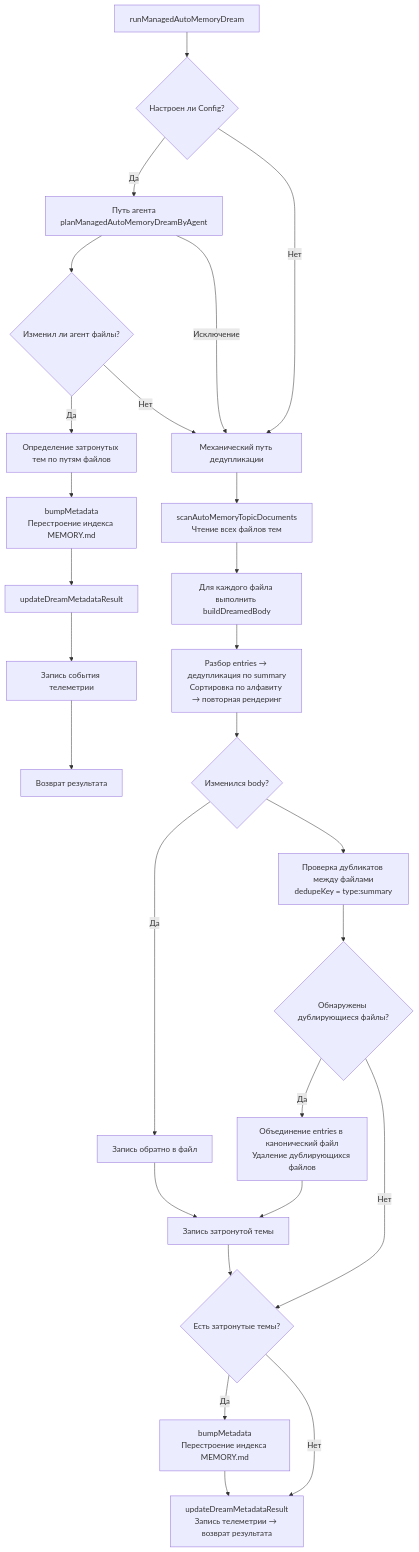
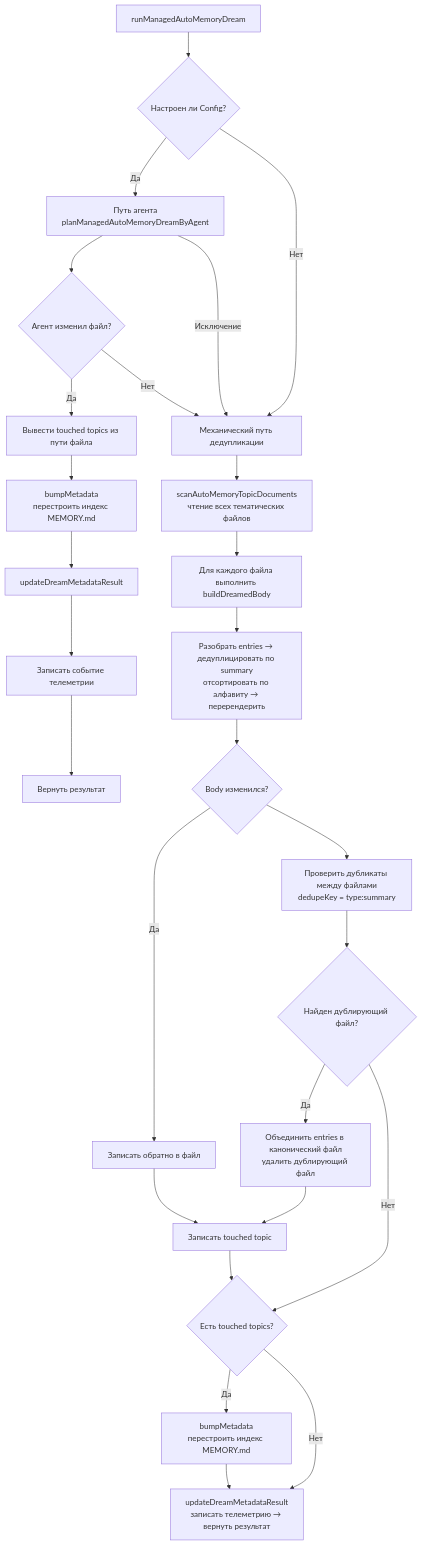
Before and after one commit to QwenLM/qwen-code-docs: the fifth of 7 diagrams in website/content/ru/design/auto-memory/memory-system.md, drawn with Mermaid. The commit also changed other lines of this file and 1077 other files, not shown here.

````diff
--- a/website/content/ru/design/auto-memory/memory-system.md
+++ b/website/content/ru/design/auto-memory/memory-system.md
@@ -298,30 +299,30 @@
 ```mermaid
 flowchart TD
     A[runManagedAutoMemoryDream] --> B{Настроен ли Config?}
     B -- Да --> C[Путь агента\nplanManagedAutoMemoryDreamByAgent]
-    C --> D{Изменил ли агент файлы?}
-    D -- Да --> E[Определение затронутых тем по путям файлов]
-    E --> F[bumpMetadata\nПерестроение индекса MEMORY.md]
+    C --> D{Агент изменил файл?}
+    D -- Да --> E[Вывести touched topics из пути файла]
+    E --> F[bumpMetadata\nперестроить индекс MEMORY.md]
     F --> G[updateDreamMetadataResult]
-    G --> H[Запись события телеметрии]
-    H --> I[Возврат результата]
+    G --> H[Записать событие телеметрии]
+    H --> I[Вернуть результат]
     B -- Нет --> J[Механический путь дедупликации]
     C -- Исключение --> J
     D -- Нет --> J
 
-    J --> K[scanAutoMemoryTopicDocuments\nЧтение всех файлов тем]
+    J --> K[scanAutoMemoryTopicDocuments\nчтение всех тематических файлов]
     K --> L[Для каждого файла выполнить buildDreamedBody]
-    L --> M[Разбор entries → дедупликация по summary\nСортировка по алфавиту → повторная рендеринг]
-    M --> N{Изменился body?}
-    N -- Да --> O[Запись обратно в файл]
-    O --> P[Запись затронутой темы]
-    N --> Q[Проверка дубликатов между файлами\ndedupeKey = type:summary]
-    Q --> R{Обнаружены дублирующиеся файлы?}
-    R -- Да --> S[Объединение entries в канонический файл\nУдаление дублирующихся файлов]
+    L --> M[Разобрать entries → дедуплицировать по summary\nотсортировать по алфавиту → перерендерить]
+    M --> N{Body изменился?}
+    N -- Да --> O[Записать обратно в файл]
+    O --> P[Записать touched topic]
+    N --> Q[Проверить дубликаты между файлами\ndedupeKey = type:summary]
+    Q --> R{Найден дублирующий файл?}
+    R -- Да --> S[Объединить entries в канонический файл\nудалить дублирующий файл]
     S --> P
-    R -- Нет --> T{Есть затронутые темы?}
+    R -- Нет --> T{Есть touched topics?}
     P --> T
-    T -- Да --> U[bumpMetadata\nПерестроение индекса MEMORY.md]
-    U --> V[updateDreamMetadataResult\nЗапись телеметрии → возврат результата]
+    T -- Да --> U[bumpMetadata\nперестроить индекс MEMORY.md]
+    U --> V[updateDreamMetadataResult\nзаписать телеметрию → вернуть результат]
     T -- Нет --> V
 ```
````
